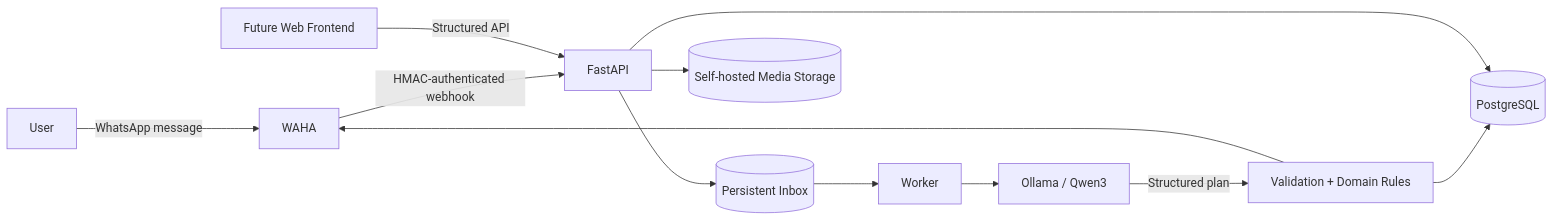
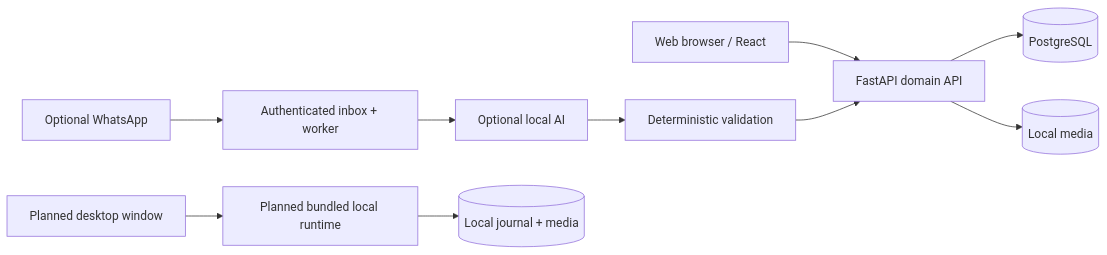
The diagram in README.md (lucaserre/nautilusbook_showcase), drawn with Mermaid before and after one commit. The commit also changed other lines of this file, not shown here.

Commit message:
docs(showcase): clarify Pelagium web, desktop roadmap and release boundaries

````diff
--- a/README.md
+++ b/README.md
@@ -28,16 +28,14 @@
 ```mermaid
 flowchart LR
-    U[User] -->|WhatsApp message| W[WAHA]
-    W -->|HMAC-authenticated webhook| API[FastAPI]
-    API --> Q[(Persistent Inbox)]
-    Q --> WK[Worker]
-    WK --> AI[Ollama / Qwen3]
-    AI -->|Structured plan| V[Validation + Domain Rules]
-    V --> DB[(PostgreSQL)]
-    V --> W
+    WEB[Web browser / React] --> API[FastAPI domain API]
+    API --> DB[(PostgreSQL)]
+    API --> MEDIA[(Local media)]
 
-    WEB[Future Web Frontend] -->|Structured API| API
-    API --> DB
+    MSG[Optional WhatsApp] --> INBOX[Authenticated inbox + worker]
+    INBOX --> NLP[Optional local AI]
+    NLP --> RULES[Deterministic validation]
+    RULES --> API
 
-    API --> MEDIA[(Self-hosted Media Storage)]
+    DESKTOP[Planned desktop window] --> LOCAL[Planned bundled local runtime]
+    LOCAL --> DATA[(Local journal + media)]
 ```
````
